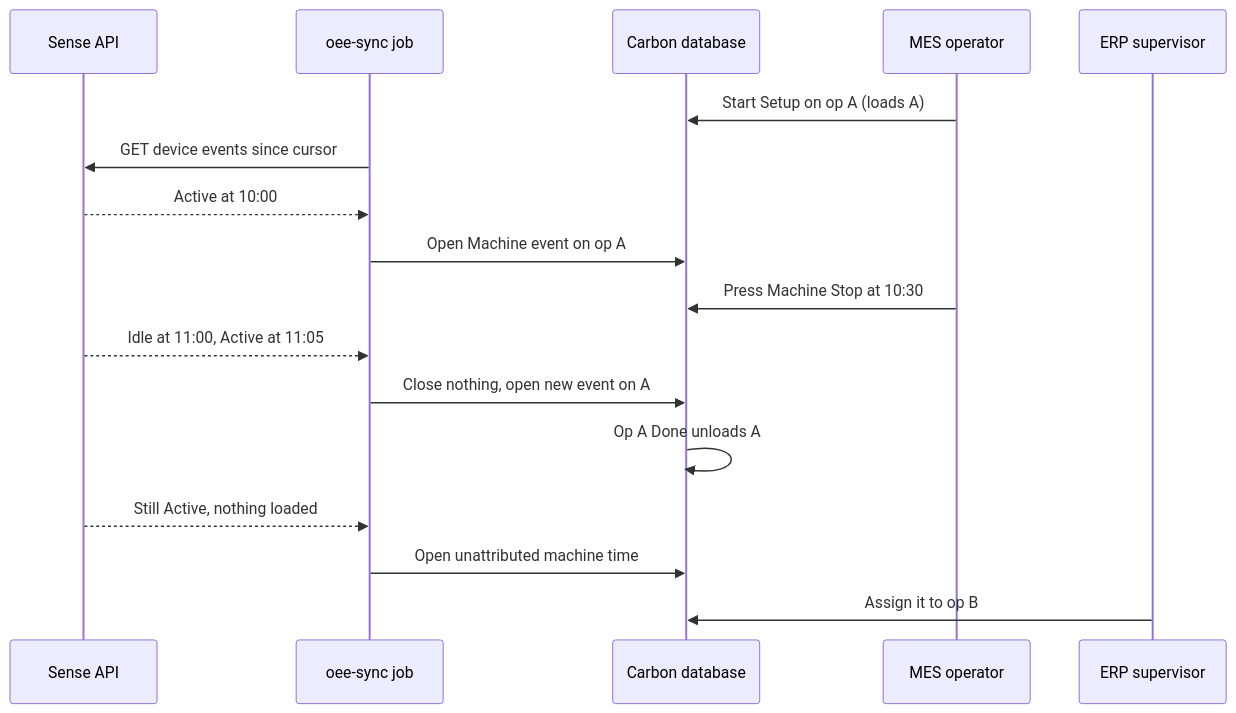
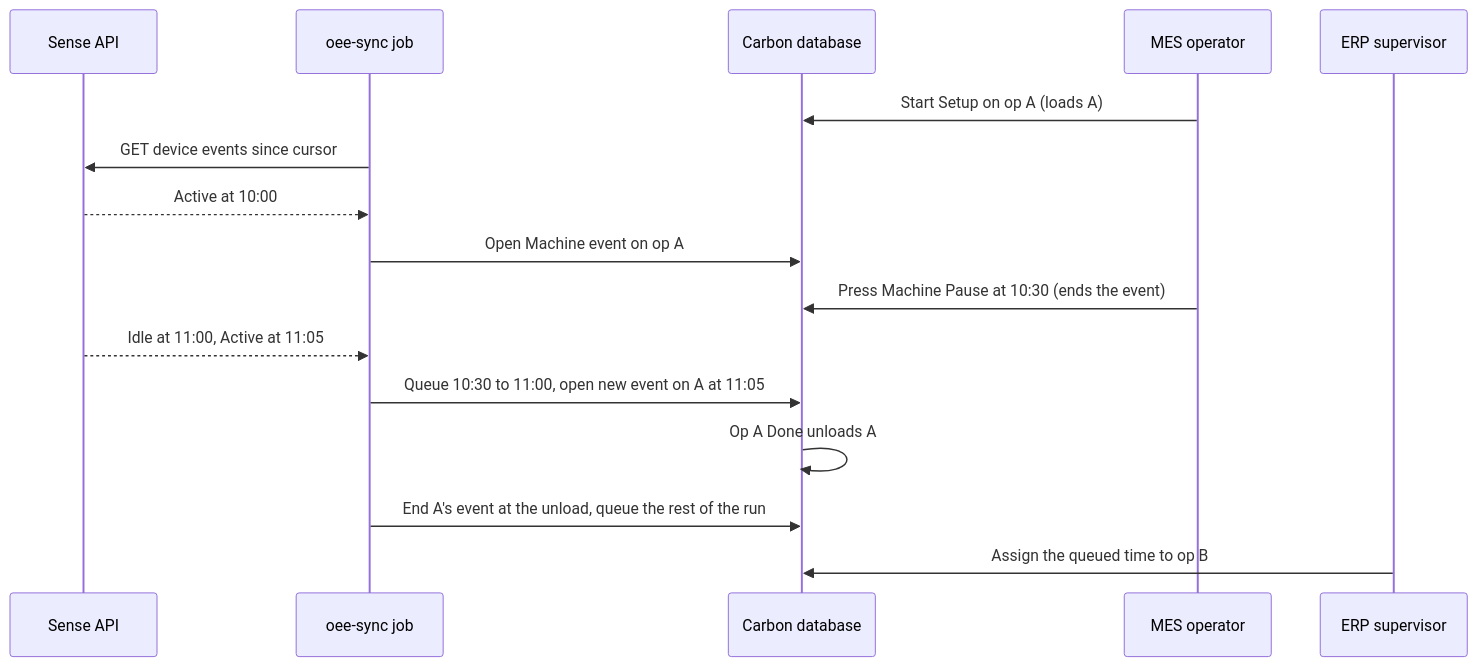
One commit to crbnos/carbon changed the first of 2 diagrams in .ai/specs/2026-10-12-oee-provider-integration.md. Above: the diagram before and after it, drawn with Mermaid. The commit also changed other lines of this file and 70 other files, not shown here.

````diff
--- a/.ai/specs/2026-10-12-oee-provider-integration.md
+++ b/.ai/specs/2026-10-12-oee-provider-integration.md
@@ -46,19 +43,18 @@
 ```mermaid
 sequenceDiagram
     participant S as Sense API
     participant J as oee-sync job
     participant D as Carbon database
     participant O as MES operator
     participant V as ERP supervisor
     O->>D: Start Setup on op A (loads A)
     J->>S: GET device events since cursor
     S-->>J: Active at 10:00
     J->>D: Open Machine event on op A
-    O->>D: Press Machine Stop at 10:30
+    O->>D: Press Machine Pause at 10:30 (ends the event)
     S-->>J: Idle at 11:00, Active at 11:05
-    J->>D: Close nothing, open new event on A
+    J->>D: Queue 10:30 to 11:00, open new event on A at 11:05
     D->>D: Op A Done unloads A
-    S-->>J: Still Active, nothing loaded
-    J->>D: Open unattributed machine time
-    V->>D: Assign it to op B
+    J->>D: End A's event at the unload, queue the rest of the run
+    V->>D: Assign the queued time to op B
 ```
````
